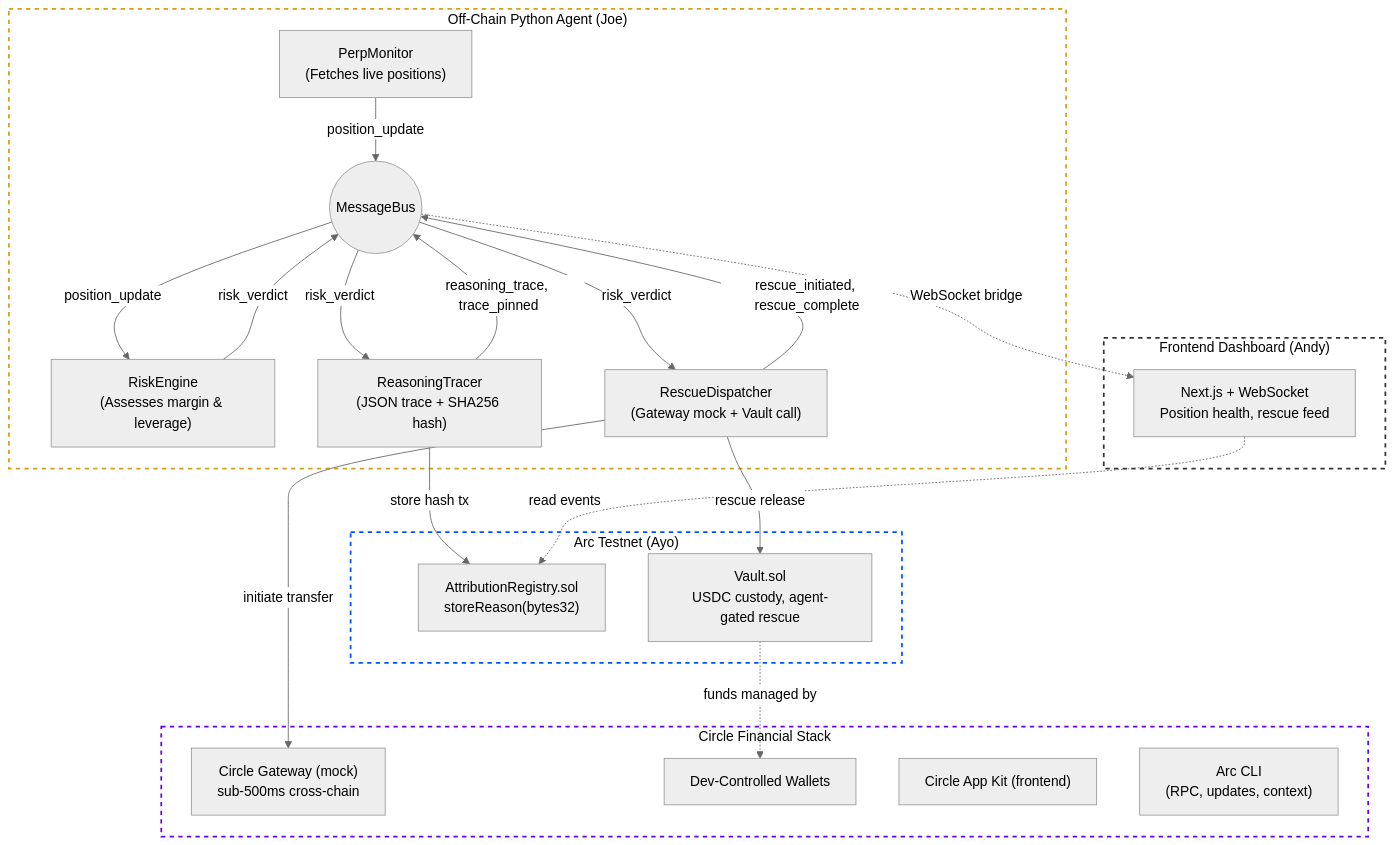
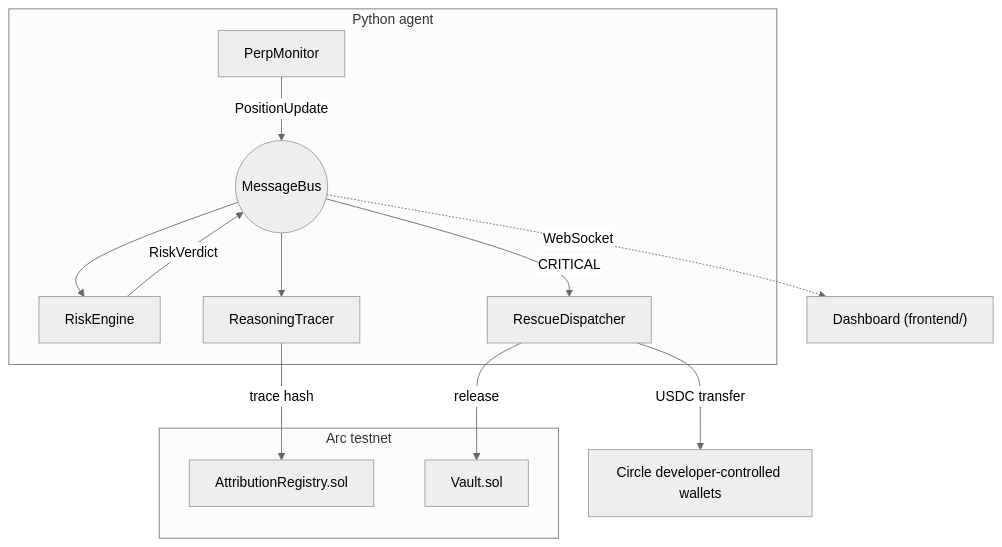
Before and after one commit to joethesaint/AGORA-glass: the diagram in README.md, drawn with Mermaid (neutral theme). The commit also changed other lines of this file and 282 other files, not shown here.

First line of the commit message:
Clean up, fix the rescue loop, and ship a live demo (#2)

````diff
--- a/README.md
+++ b/README.md
@@ -40,46 +25,18 @@
 ```mermaid
 flowchart TD
-    subgraph OffChain["Off-Chain Python Agent (Joe)"]
-        Monitor["PerpMonitor\n(Fetches live positions)"]
-        Engine["RiskEngine\n(Assesses margin & leverage)"]
-        Tracer["ReasoningTracer\n(JSON trace + SHA256 hash)"]
-        Dispatcher["RescueDispatcher\n(Gateway mock + Vault call)"]
-        Bus(("MessageBus"))
-
-        Monitor -->|position_update| Bus
-        Engine -->|risk_verdict| Bus
-        Tracer -->|reasoning_trace, trace_pinned| Bus
-        Dispatcher -->|rescue_initiated, rescue_complete| Bus
-        Bus -->|position_update| Engine
-        Bus -->|risk_verdict| Tracer
-        Bus -->|risk_verdict| Dispatcher
+    subgraph Agent["Python agent"]
+        Monitor["PerpMonitor"] -->|PositionUpdate| Bus(("MessageBus"))
+        Bus --> Engine["RiskEngine"]
+        Engine -->|RiskVerdict| Bus
+        Bus --> Tracer["ReasoningTracer"]
+        Bus -->|CRITICAL| Dispatcher["RescueDispatcher"]
     end
-
-    subgraph OnChain["Arc Testnet (Ayo)"]
-        Registry["AttributionRegistry.sol\nstoreReason(bytes32)"]
-        Vault["Vault.sol\nUSDC custody, agent-gated rescue"]
+    subgraph Arc["Arc testnet"]
+        Registry["AttributionRegistry.sol"]
+        Vault["Vault.sol"]
     end
-
-    subgraph CircleStack["Circle Financial Stack"]
-        Gateway["Circle Gateway (mock)\nsub-500ms cross-chain"]
-        Wallets["Dev-Controlled Wallets"]
-        AppKit["Circle App Kit (frontend)"]
-        CLI["Arc CLI\n(RPC, updates, context)"]
-    end
-
-    subgraph Frontend["Frontend Dashboard (Andy)"]
-        UI["Next.js + WebSocket\nPosition health, rescue feed"]
-    end
-
-    Bus -.->|"WebSocket bridge"| UI
-    Tracer -->|store hash tx| Registry
-    Dispatcher -->|rescue release| Vault
-    Dispatcher -->|initiate transfer| Gateway
-    Vault -.->|funds managed by| Wallets
-    UI -.->|read events| Registry
-
-    style OffChain fill:none,stroke:#d4a017,stroke-width:2px,stroke-dasharray:5 5,color:#000
-    style OnChain fill:none,stroke:#0052ff,stroke-width:2px,stroke-dasharray:5 5,color:#000
-    style CircleStack fill:none,stroke:#6700eb,stroke-width:2px,stroke-dasharray:5 5,color:#000
-    style Frontend fill:none,stroke:#333,stroke-width:2px,stroke-dasharray:5 5,color:#000
+    Tracer -->|trace hash| Registry
+    Dispatcher -->|release| Vault
+    Dispatcher -->|USDC transfer| Wallets["Circle developer-controlled wallets"]
+    Bus -.->|WebSocket| UI["Dashboard (frontend/)"]
 ```
````
